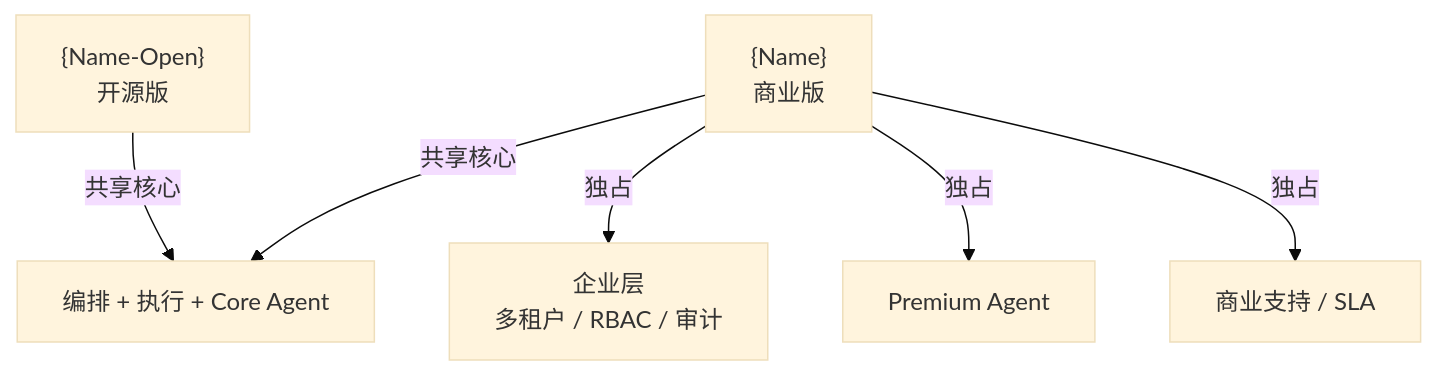
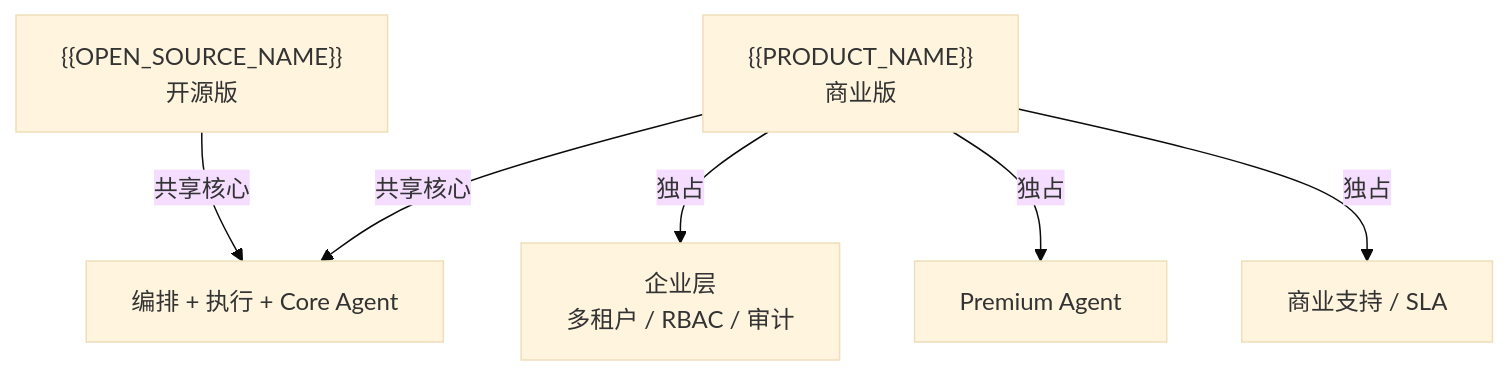
The second of 4 diagrams in skills/full-stack-doc/templates/root/6、产品与版本规划.md (full-stack-skills/document-skills), drawn with Mermaid (base theme) before and after one commit. The commit also changed other lines of this file and 59 other files, not shown here.

````diff
--- a/skills/full-stack-doc/templates/root/6、产品与版本规划.md
+++ b/skills/full-stack-doc/templates/root/6、产品与版本规划.md
@@ -73,8 +75,8 @@
 ```mermaid
 graph TD
-    OPEN["{Name-Open}<br/>开源版"] -->|"共享核心"| CORE["编排 + 执行 + Core Agent"]
-    BIZ["{Name}<br/>商业版"] -->|"共享核心"| CORE
+    OPEN["{{OPEN_SOURCE_NAME}}<br/>开源版"] -->|"共享核心"| CORE["编排 + 执行 + Core Agent"]
+    BIZ["{{PRODUCT_NAME}}<br/>商业版"] -->|"共享核心"| CORE
     BIZ -->|"独占"| ENT["企业层<br/>多租户 / RBAC / 审计"]
     BIZ -->|"独占"| PREM["Premium Agent"]
     BIZ -->|"独占"| SUP["商业支持 / SLA"]
 ```
````
